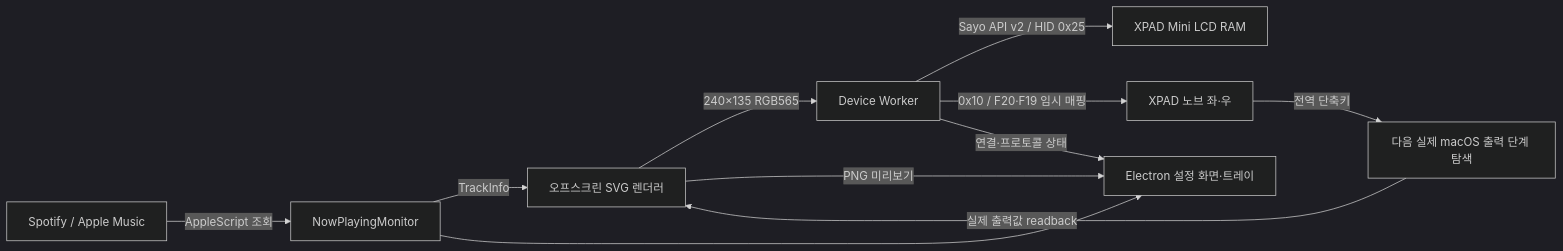
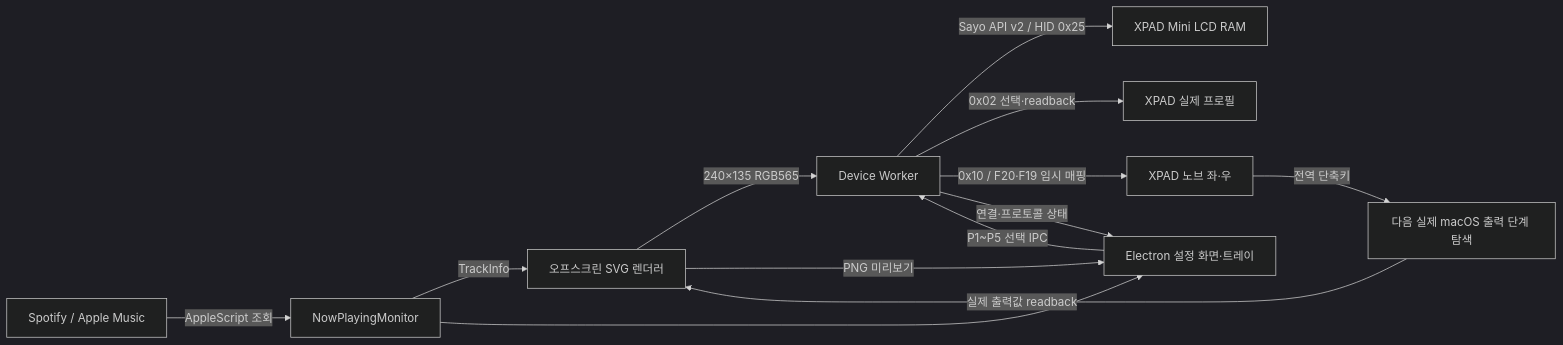
One commit to zime78/XPAD-mini-Led changed the diagram in docs/DEVELOPMENT_REPORT.md. Above: the diagram before and after it, drawn with Mermaid (dark theme). The commit also changed other lines of this file and 27 other files, not shown here.

````diff
--- a/docs/DEVELOPMENT_REPORT.md
+++ b/docs/DEVELOPMENT_REPORT.md
@@ -48,13 +49,15 @@
 ```mermaid
 flowchart LR
     A[Spotify / Apple Music] -->|AppleScript 조회| B[NowPlayingMonitor]
     B -->|TrackInfo| C[오프스크린 SVG 렌더러]
     C -->|240×135 RGB565| D[Device Worker]
     D -->|Sayo API v2 / HID 0x25| E[XPAD Mini LCD RAM]
+    F -->|P1~P5 선택 IPC| D
+    D -->|0x02 선택·readback| I[XPAD 실제 프로필]
     D -->|0x10 / F20·F19 임시 매핑| G[XPAD 노브 좌·우]
     G -->|전역 단축키| H[다음 실제 macOS 출력 단계 탐색]
     H -->|실제 출력값 readback| C
     B --> F[Electron 설정 화면·트레이]
     C -->|PNG 미리보기| F
     D -->|연결·프로토콜 상태| F
 ```
````
